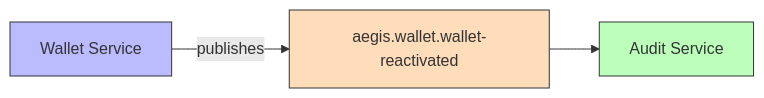
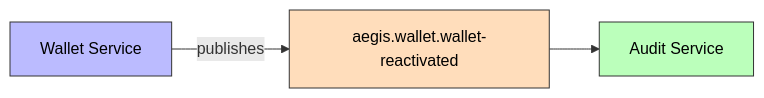
The first of 2 diagrams in docs/obsidian/03 - Domain Events/WalletReactivated.md (AlexAlvarezGallardo-GitHub/Aegis), drawn with Mermaid before and after one commit. The commit also changed 26 other files, not shown here.

Commit message:
docs(infra): add color to mermaid nodes for dark mode readability

````diff
--- a/docs/obsidian/03 - Domain Events/WalletReactivated.md
+++ b/docs/obsidian/03 - Domain Events/WalletReactivated.md
@@ -16,8 +16,8 @@
 ```mermaid
 graph LR
     Wallet[Wallet Service] -->|publishes| Topic[aegis.wallet.wallet-reactivated]
     Topic --> Audit[Audit Service]
-    style Wallet fill:#bbf,stroke:#333
-    style Topic fill:#fdb,stroke:#333
-    style Audit fill:#bfb,stroke:#333
+    style Wallet fill:#bbf,stroke:#333,color:#000
+    style Topic fill:#fdb,stroke:#333,color:#000
+    style Audit fill:#bfb,stroke:#333,color:#000
 ```
````
